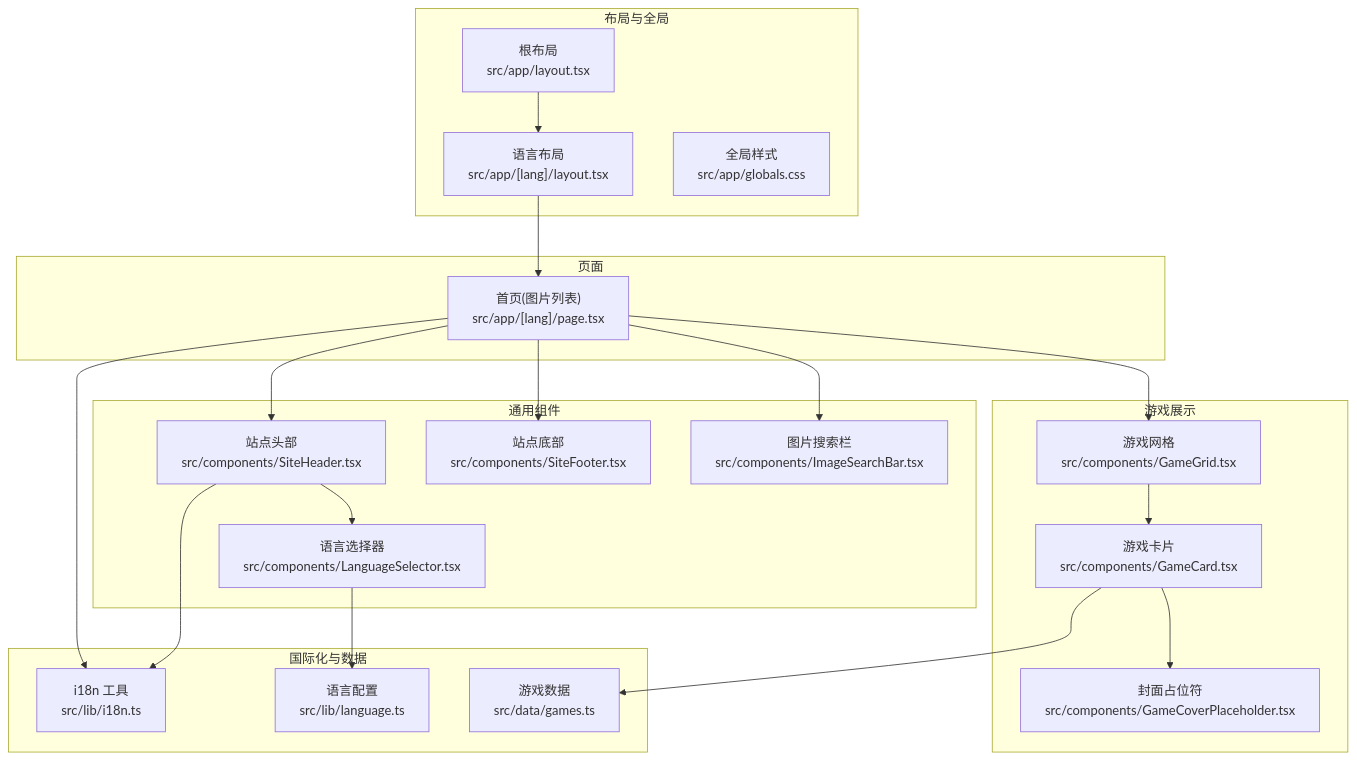
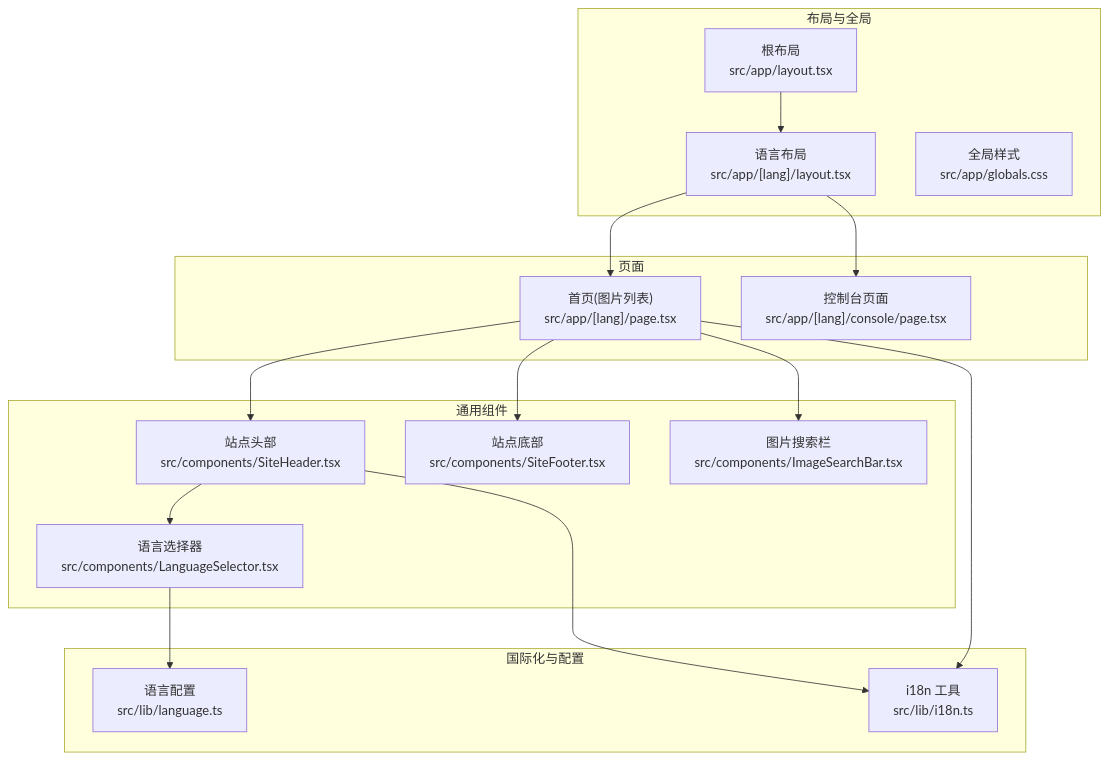
Before and after one commit to pnnh/weable: the first of 5 diagrams in .qoder/repowiki/zh/content/功能特性/用户界面.md, drawn with Mermaid. The commit also changed other lines of this file and 187 other files, not shown here.

````diff
--- a/.qoder/repowiki/zh/content/功能特性/用户界面.md
+++ b/.qoder/repowiki/zh/content/功能特性/用户界面.md
@@ -39,40 +43,32 @@
 ```mermaid
 graph TB
 subgraph "布局与全局"
 RootLayout["根布局<br/>src/app/layout.tsx"]
 LangLayout["语言布局<br/>src/app/[lang]/layout.tsx"]
 GlobalCSS["全局样式<br/>src/app/globals.css"]
 end
 subgraph "页面"
 HomePage["首页(图片列表)<br/>src/app/[lang]/page.tsx"]
+ConsolePage["控制台页面<br/>src/app/[lang]/console/page.tsx"]
 end
 subgraph "通用组件"
 SiteHeader["站点头部<br/>src/components/SiteHeader.tsx"]
 SiteFooter["站点底部<br/>src/components/SiteFooter.tsx"]
 LanguageSelector["语言选择器<br/>src/components/LanguageSelector.tsx"]
 ImageSearchBar["图片搜索栏<br/>src/components/ImageSearchBar.tsx"]
 end
-subgraph "游戏展示"
-GameGrid["游戏网格<br/>src/components/GameGrid.tsx"]
-GameCard["游戏卡片<br/>src/components/GameCard.tsx"]
-GameCoverPlaceholder["封面占位符<br/>src/components/GameCoverPlaceholder.tsx"]
-end
-subgraph "国际化与数据"
+subgraph "国际化与配置"
 I18n["i18n 工具<br/>src/lib/i18n.ts"]
 Language["语言配置<br/>src/lib/language.ts"]
-GamesData["游戏数据<br/>src/data/games.ts"]
 end
 RootLayout --> LangLayout
 LangLayout --> HomePage
+LangLayout --> ConsolePage
 HomePage --> SiteHeader
 HomePage --> SiteFooter
 HomePage --> ImageSearchBar
-HomePage --> GameGrid
-GameGrid --> GameCard
-GameCard --> GameCoverPlaceholder
 SiteHeader --> LanguageSelector
 SiteHeader --> I18n
 HomePage --> I18n
-GameCard --> GamesData
 LanguageSelector --> Language
 ```
````
